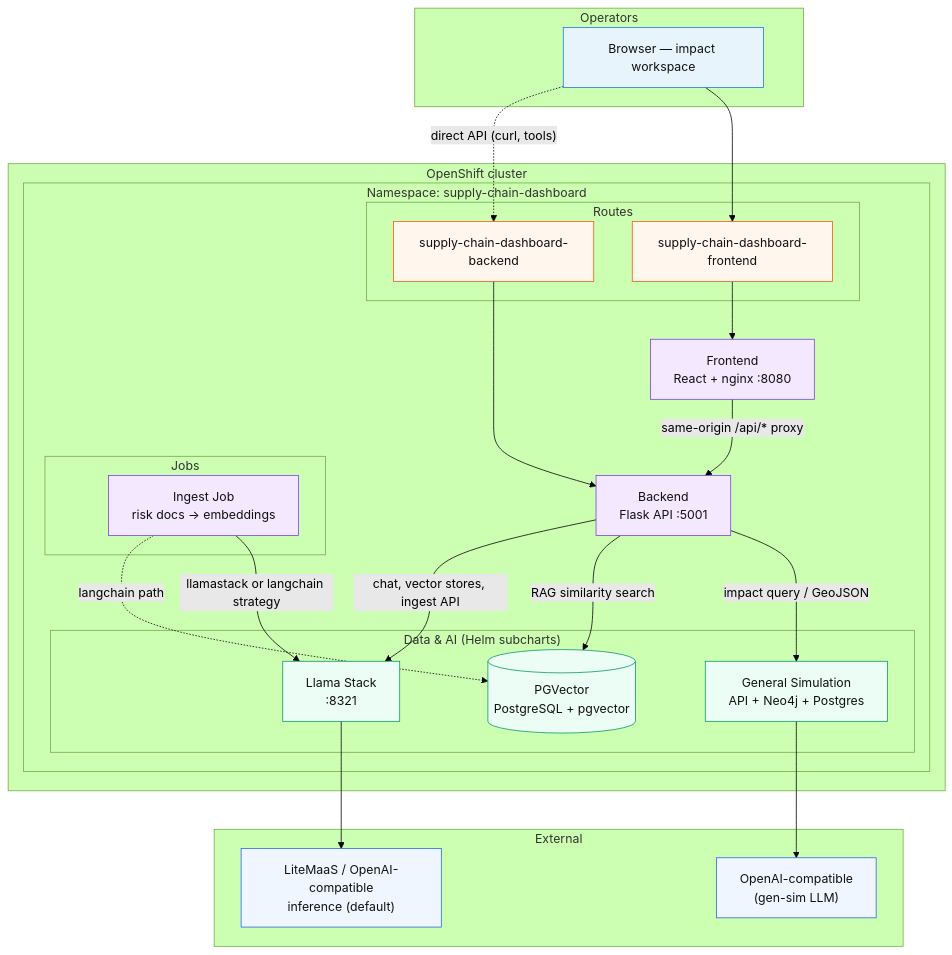
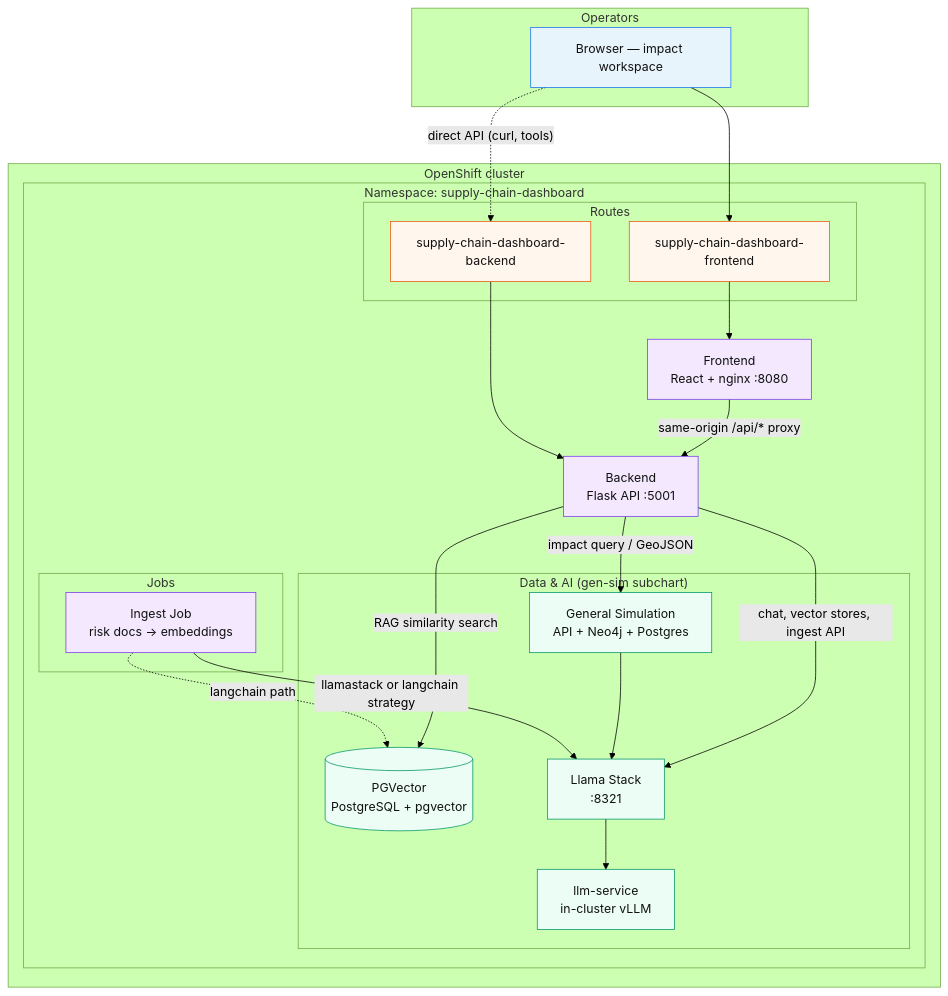
The first of 2 diagrams in README.md (mhdawson/ai-supply-chain-agent), drawn with Mermaid (forest theme) before and after one commit. The commit also changed other lines of this file and 22 other files, not shown here.

First line of the commit message:
Chore/use gen sim subchart (#50)

````diff
--- a/README.md
+++ b/README.md
@@ -50,58 +50,53 @@
 ```mermaid
 flowchart TB
   subgraph users["Operators"]
     U1["Browser — impact workspace"]
   end
 
   subgraph ocp["OpenShift cluster"]
     subgraph ns["Namespace: supply-chain-dashboard"]
       subgraph routes["Routes"]
         R_FE["supply-chain-dashboard-frontend"]
         R_BE["supply-chain-dashboard-backend"]
       end
 
       FE["Frontend<br/>React + nginx :8080"]
       BE["Backend<br/>Flask API :5001"]
 
       subgraph jobs["Jobs"]
         ING["Ingest Job<br/>risk docs → embeddings"]
       end
 
-      subgraph data["Data & AI (Helm subcharts)"]
+      subgraph data["Data & AI (gen-sim subchart)"]
         PG[("PGVector<br/>PostgreSQL + pgvector")]
         LS["Llama Stack<br/>:8321"]
+        VLLM["llm-service<br/>in-cluster vLLM"]
         GS["General Simulation<br/>API + Neo4j + Postgres"]
       end
     end
-  end
-
-  subgraph external["External"]
-    MAAS["LiteMaaS / OpenAI-compatible<br/>inference (default)"]
-    OAI["OpenAI-compatible<br/>(gen-sim LLM)"]
   end
 
   U1 --> R_FE --> FE
   FE -->|"same-origin /api/* proxy"| BE
   U1 -.->|"direct API (curl, tools)"| R_BE
   R_BE --> BE
 
   BE -->|"impact query / GeoJSON"| GS
   BE -->|"RAG similarity search"| PG
   BE -->|"chat, vector stores, ingest API"| LS
-  LS --> MAAS
-  GS --> OAI
+  LS --> VLLM
+  GS --> LS
 
   ING -->|"llamastack or langchain strategy"| LS
   ING -.->|"langchain path"| PG
 
   classDef user fill:#e8f4fc,stroke:#1a73e8,color:#111
   classDef app fill:#f3e8fd,stroke:#7c3aed,color:#111
   classDef data fill:#ecfdf5,stroke:#059669,color:#111
   classDef route fill:#fff7ed,stroke:#ea580c,color:#111
   classDef ext fill:#eff6ff,stroke:#2563eb,color:#111
   class U1 user
   class FE,BE,ING app
-  class PG,LS,GS data
+  class PG,LS,VLLM,GS data
   class R_FE,R_BE route
-  class MAAS,OAI ext
 ```
````
